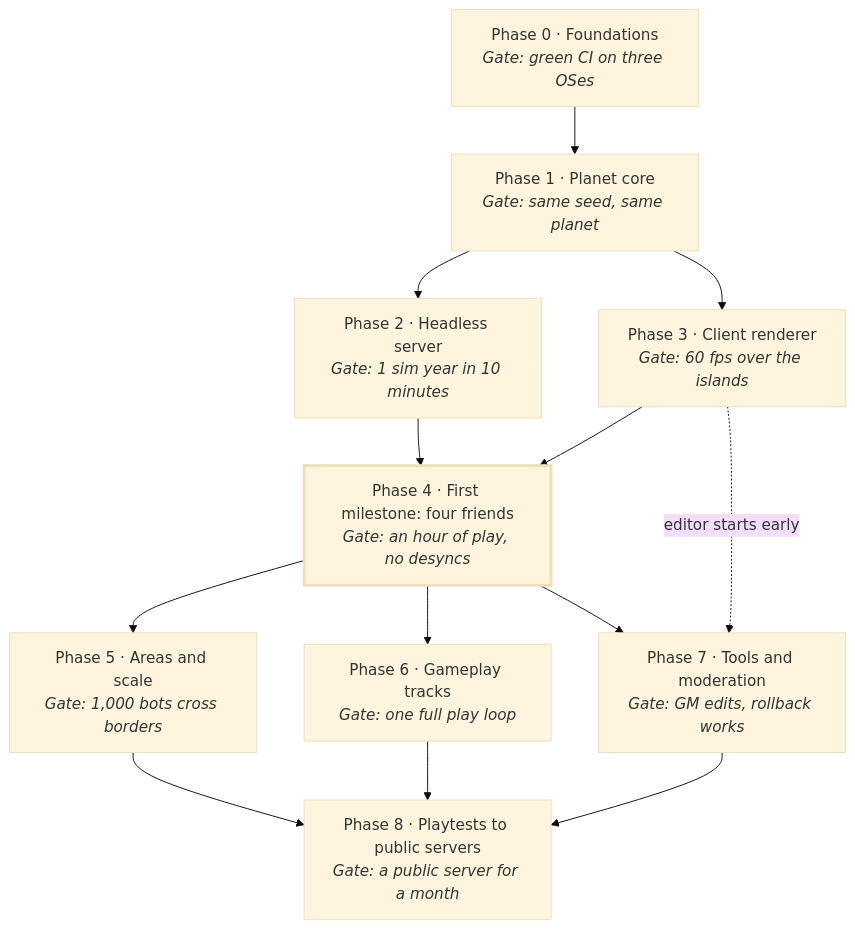
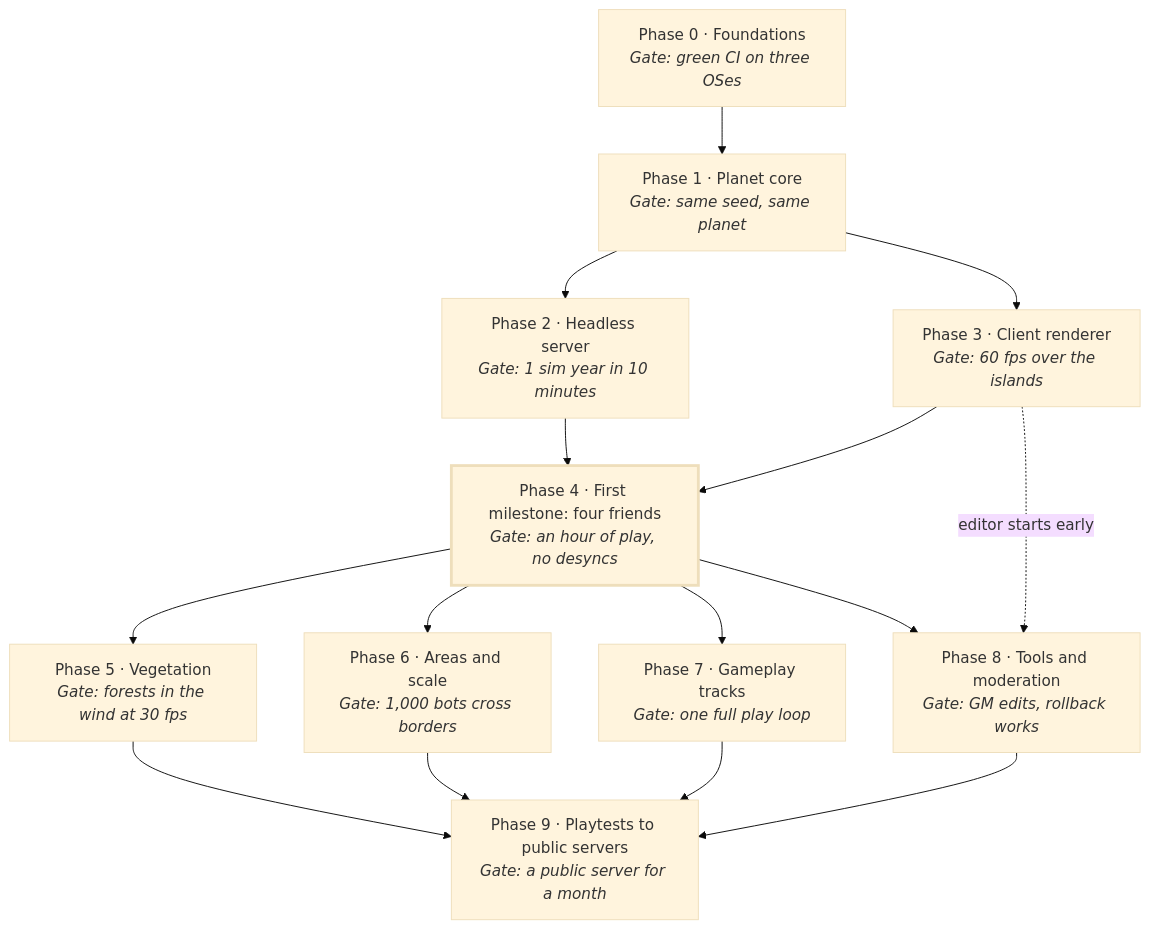
The diagram in docs/roadmap.md (SuperFes/HOG), drawn with Mermaid (base theme) before and after one commit. The commit also changed other lines of this file, not shown here.

Commit message:
docs(roadmap): new Phase 5, procedural vegetation; later phases shift by one

````diff
--- a/docs/roadmap.md
+++ b/docs/roadmap.md
@@ -9,18 +9,19 @@
 ```mermaid
 flowchart TB
     p0["Phase 0 · Foundations<br/><i>Gate: green CI on three OSes</i>"]
     p1["Phase 1 · Planet core<br/><i>Gate: same seed, same planet</i>"]
     p2["Phase 2 · Headless server<br/><i>Gate: 1 sim year in 10 minutes</i>"]
     p3["Phase 3 · Client renderer<br/><i>Gate: 60 fps over the islands</i>"]
     p4["Phase 4 · First milestone: four friends<br/><i>Gate: an hour of play, no desyncs</i>"]
-    p5["Phase 5 · Areas and scale<br/><i>Gate: 1,000 bots cross borders</i>"]
-    p6["Phase 6 · Gameplay tracks<br/><i>Gate: one full play loop</i>"]
-    p7["Phase 7 · Tools and moderation<br/><i>Gate: GM edits, rollback works</i>"]
-    p8["Phase 8 · Playtests to public servers<br/><i>Gate: a public server for a month</i>"]
+    p5["Phase 5 · Vegetation<br/><i>Gate: forests in the wind at 30 fps</i>"]
+    p6["Phase 6 · Areas and scale<br/><i>Gate: 1,000 bots cross borders</i>"]
+    p7["Phase 7 · Gameplay tracks<br/><i>Gate: one full play loop</i>"]
+    p8["Phase 8 · Tools and moderation<br/><i>Gate: GM edits, rollback works</i>"]
+    p9["Phase 9 · Playtests to public servers<br/><i>Gate: a public server for a month</i>"]
     p0 --> p1 --> p2 & p3
     p2 & p3 --> p4
-    p4 --> p5 & p6 & p7
-    p3 -.->|editor starts early| p7
-    p5 & p6 & p7 --> p8
+    p4 --> p5 & p6 & p7 & p8
+    p3 -.->|editor starts early| p8
+    p5 & p6 & p7 & p8 --> p9
     style p4 stroke-width:3px
 ```
````
